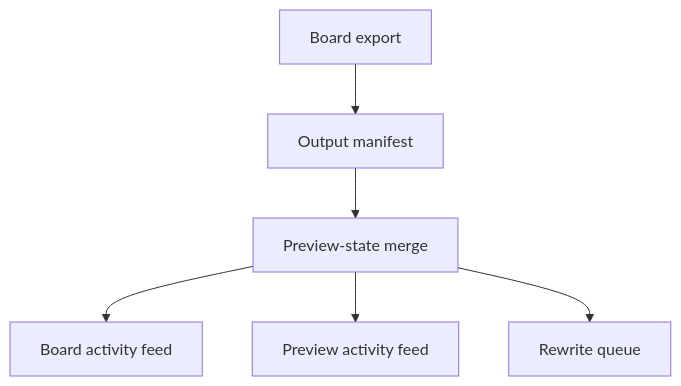
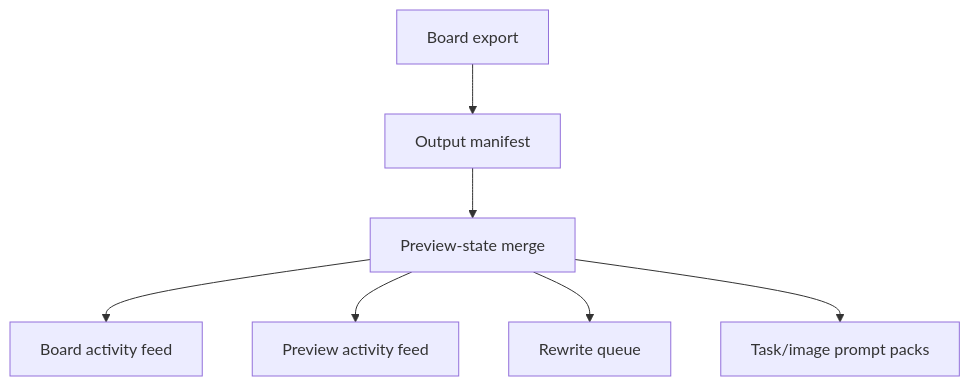
Before and after one commit to varshneydevansh/Canvax: the second of 5 diagrams in docs/EXECUTION_STATUS.md, drawn with Mermaid. The commit also changed other lines of this file and 13 other files, not shown here.

Commit message:
feat: add no-api image prompt packs

````diff
--- a/docs/EXECUTION_STATUS.md
+++ b/docs/EXECUTION_STATUS.md
@@ -99,8 +102,9 @@
 ```mermaid
 flowchart TD
     A[Board export] --> B[Output manifest]
     B --> C[Preview-state merge]
     C --> D[Board activity feed]
     C --> E[Preview activity feed]
     C --> F[Rewrite queue]
+    C --> G[Task/image prompt packs]
 ```
````
